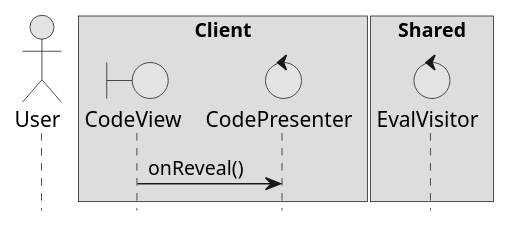
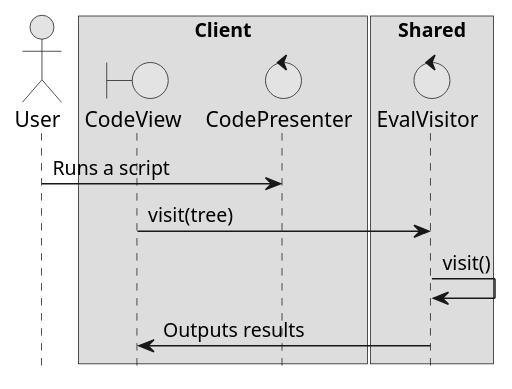
Before and after one commit to Fuel4us/EventManagingApp: the diagram in docs/red/1161140/sp3/design.puml, drawn with PlantUML. The commit also changed 5 other files, not shown here.

```diff
--- a/docs/red/1161140/sp3/design.puml
+++ b/docs/red/1161140/sp3/design.puml
@@ -1,22 +1,25 @@
 @startuml design
 
 skinparam monochrome true
 skinparam shadowing false
 hide footbox
 
 actor User
 boundary CodeView
 control CodePresenter
 
 box "Client"
 participant CodeView
 participant CodePresenter
 end box
 
 box "Shared"
 control EvalVisitor
 end box
 
-CodeView -> CodePresenter : onReveal()
+User -> CodePresenter : Runs a script
+CodeView -> EvalVisitor : visit(tree)
+EvalVisitor -> EvalVisitor : visit()
+EvalVisitor -> CodeView : Outputs results
 
 @enduml
```
